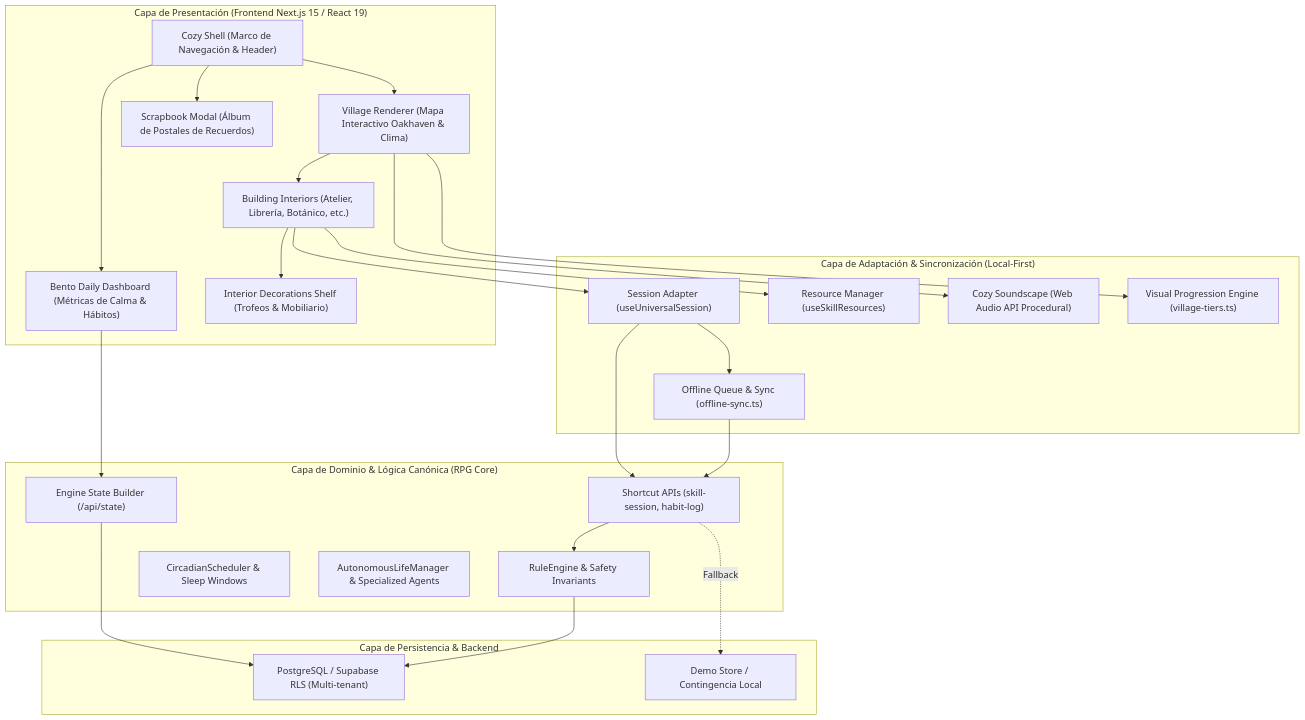
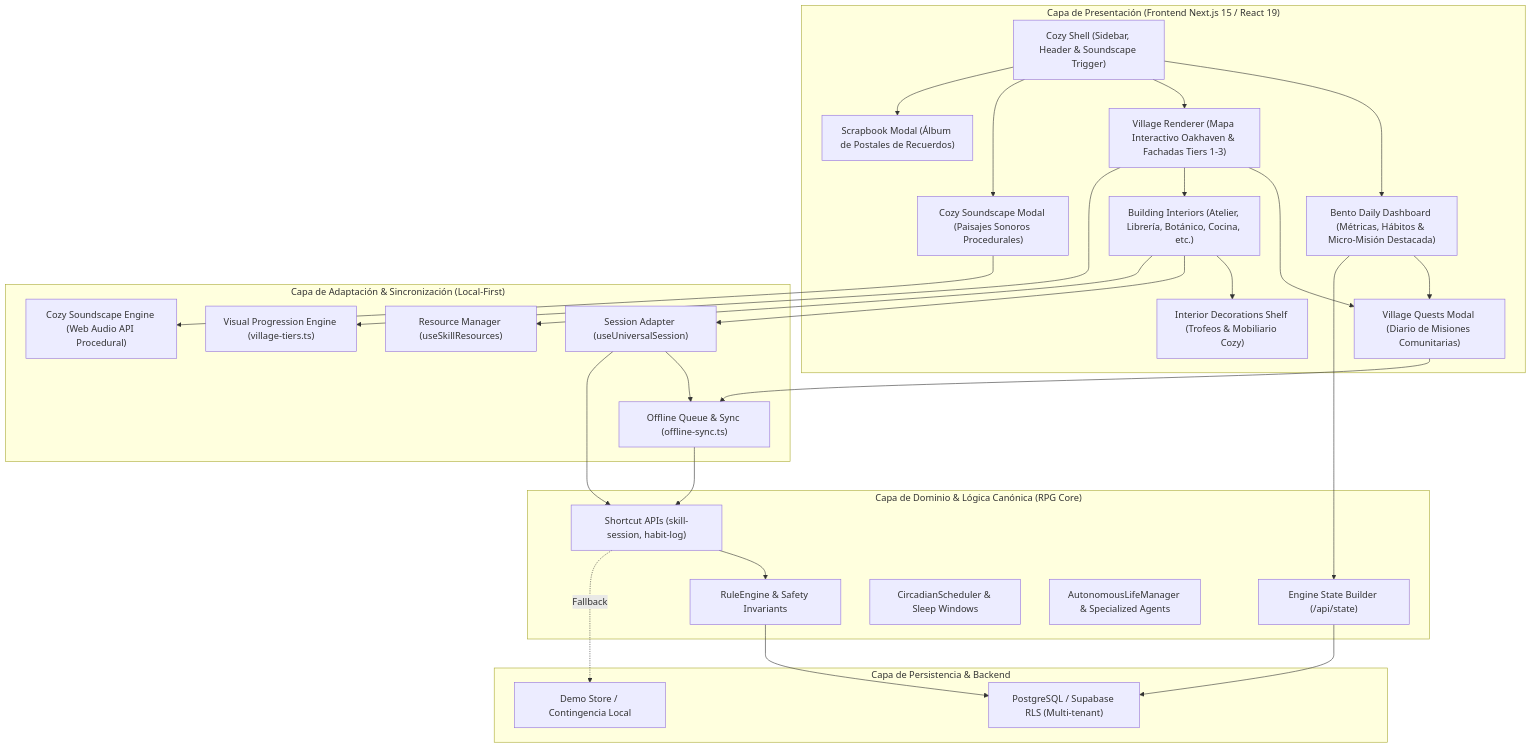
One commit to isacarlope13/rpg-life-engine changed the diagram in docs/cozy-village/ARCHITECTURE.md. Above: the diagram before and after it, drawn with Mermaid. The commit also changed other lines of this file and 1 other file, not shown here.

Commit message:
docs(cozy): consolidar arquitectura v1.2 y design system con motor de audio, tiers y misiones

````diff
--- a/docs/cozy-village/ARCHITECTURE.md
+++ b/docs/cozy-village/ARCHITECTURE.md
@@ -25,53 +25,59 @@
 ```mermaid
 flowchart TD
     subgraph PRESENTATION["Capa de Presentación (Frontend Next.js 15 / React 19)"]
-        SHELL["Cozy Shell (Marco de Navegación & Header)"]
-        DASH["Bento Daily Dashboard (Métricas de Calma & Hábitos)"]
-        MAP["Village Renderer (Mapa Interactivo Oakhaven & Clima)"]
-        INTERIORS["Building Interiors (Atelier, Librería, Botánico, etc.)"]
-        DECOR["Interior Decorations Shelf (Trofeos & Mobiliario)"]
+        SHELL["Cozy Shell (Sidebar, Header & Soundscape Trigger)"]
+        DASH["Bento Daily Dashboard (Métricas, Hábitos & Micro-Misión Destacada)"]
+        MAP["Village Renderer (Mapa Interactivo Oakhaven & Fachadas Tiers 1-3)"]
+        INTERIORS["Building Interiors (Atelier, Librería, Botánico, Cocina, etc.)"]
+        DECOR["Interior Decorations Shelf (Trofeos & Mobiliario Cozy)"]
         SCRAP["Scrapbook Modal (Álbum de Postales de Recuerdos)"]
+        QUESTS_MODAL["Village Quests Modal (Diario de Misiones Comunitarias)"]
+        SOUND_MODAL["Cozy Soundscape Modal (Paisajes Sonoros Procedurales)"]
     end
 
     subgraph ADAPTERS["Capa de Adaptación & Sincronización (Local-First)"]
         SESS_ADAPTER["Session Adapter (useUniversalSession)"]
         RES_MGR["Resource Manager (useSkillResources)"]
         OFFLINE_Q["Offline Queue & Sync (offline-sync.ts)"]
-        SOUND_MGR["Cozy Soundscape (Web Audio API Procedural)"]
+        SOUND_ENGINE["Cozy Soundscape Engine (Web Audio API Procedural)"]
         TIER_ENGINE["Visual Progression Engine (village-tiers.ts)"]
     end
 
     subgraph DOMAIN["Capa de Dominio & Lógica Canónica (RPG Core)"]
         ENGINE_STATE["Engine State Builder (/api/state)"]
         RULE_ENGINE["RuleEngine & Safety Invariants"]
         CIRCADIAN["CircadianScheduler & Sleep Windows"]
         SHORTCUTS_API["Shortcut APIs (skill-session, habit-log)"]
         MULTIAGENT["AutonomousLifeManager & Specialized Agents"]
     end
 
     subgraph STORAGE["Capa de Persistencia & Backend"]
         PG["PostgreSQL / Supabase RLS (Multi-tenant)"]
         DEMO["Demo Store / Contingencia Local"]
     end
 
     SHELL --> DASH
     SHELL --> MAP
+    SHELL --> SOUND_MODAL
+    DASH --> QUESTS_MODAL
+    MAP --> QUESTS_MODAL
     MAP --> INTERIORS
     INTERIORS --> DECOR
     SHELL --> SCRAP
 
     INTERIORS --> SESS_ADAPTER
     INTERIORS --> RES_MGR
     MAP --> TIER_ENGINE
-    MAP --> SOUND_MGR
+    SOUND_MODAL --> SOUND_ENGINE
     SESS_ADAPTER --> OFFLINE_Q
+    QUESTS_MODAL --> OFFLINE_Q
 
     OFFLINE_Q --> SHORTCUTS_API
     SESS_ADAPTER --> SHORTCUTS_API
     DASH --> ENGINE_STATE
 
     SHORTCUTS_API --> RULE_ENGINE
     RULE_ENGINE --> PG
     ENGINE_STATE --> PG
     SHORTCUTS_API -. Fallback .-> DEMO
 ```
````
